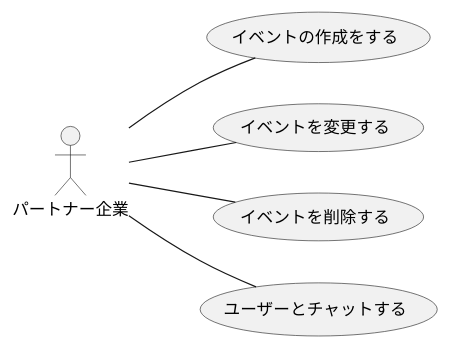
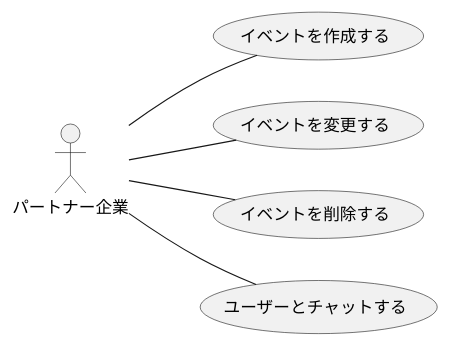
One commit to ksw2270227/GroupF changed the second of 2 diagrams in F_usecase_client.plantuml. Above: the diagram before and after it, drawn with PlantUML. The commit also changed other lines of this file and 2 other files, not shown here.

```diff
--- a/F_usecase_client.plantuml
+++ b/F_usecase_client.plantuml
@@ -11,11 +12,11 @@
 @startuml パートナー企業_usecase(2)
 left to right direction
 actor パートナー企業
 
-パートナー企業 -- (イベントの作成をする)
+パートナー企業 -- (イベントを作成する)
 パートナー企業 -- (イベントを変更する)
 パートナー企業 -- (イベントを削除する)
 パートナー企業 -- (ユーザーとチャットする)
 
 
 @enduml
```
